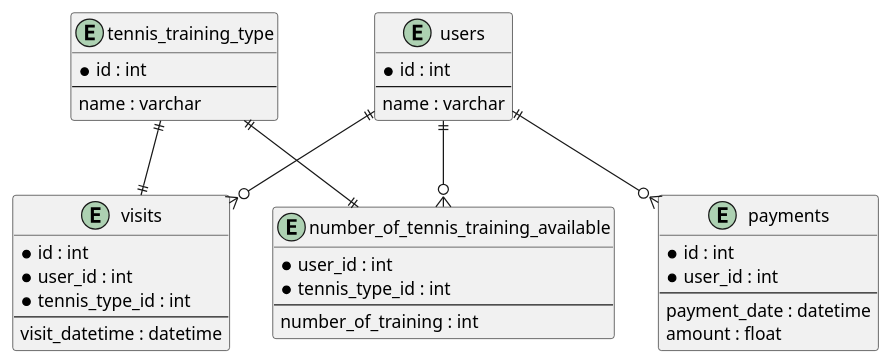
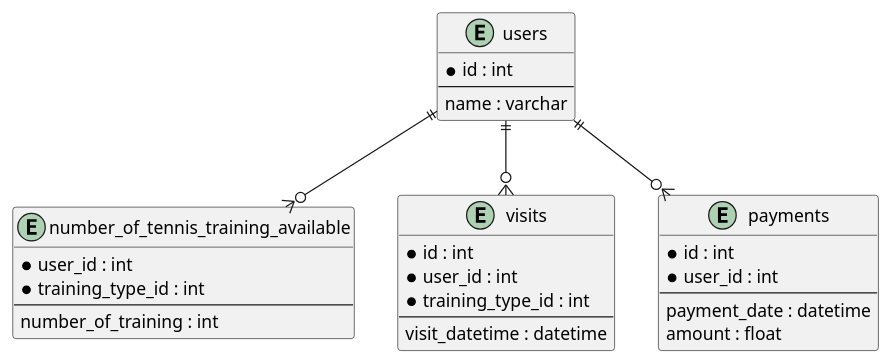
One commit to OverPotter/tennis_accounting_for_payments changed the diagram in docs/erd.puml. Above: the diagram before and after it, drawn with PlantUML. The commit also changed 8 other files, not shown here.

```diff
--- a/docs/erd.puml
+++ b/docs/erd.puml
@@ -1,44 +1,37 @@
 @startuml
 
 entity "users" as users {
     *id : int
     --
     name : varchar
 }
 
-entity "tennis_training_type" as tennis_types {
-    *id : int
-    --
-    name : varchar
-}
 
 entity "number_of_tennis_training_available" as tennis_balances {
     *user_id : int
-    *tennis_type_id : int
+    *training_type_id : int
     --
     number_of_training : int
 }
 
 entity "visits" as visits {
     *id : int
     *user_id : int
-    *tennis_type_id : int
+    *training_type_id : int
     --
     visit_datetime : datetime
 }
 
 entity "payments" as payments {
     *id : int
     *user_id : int
     --
     payment_date : datetime
     amount : float
 }
 
 users ||--o{ tennis_balances
-tennis_types ||--|| tennis_balances
 users ||--o{ visits
-tennis_types ||--|| visits
 users ||--o{ payments
 
 @enduml
```
